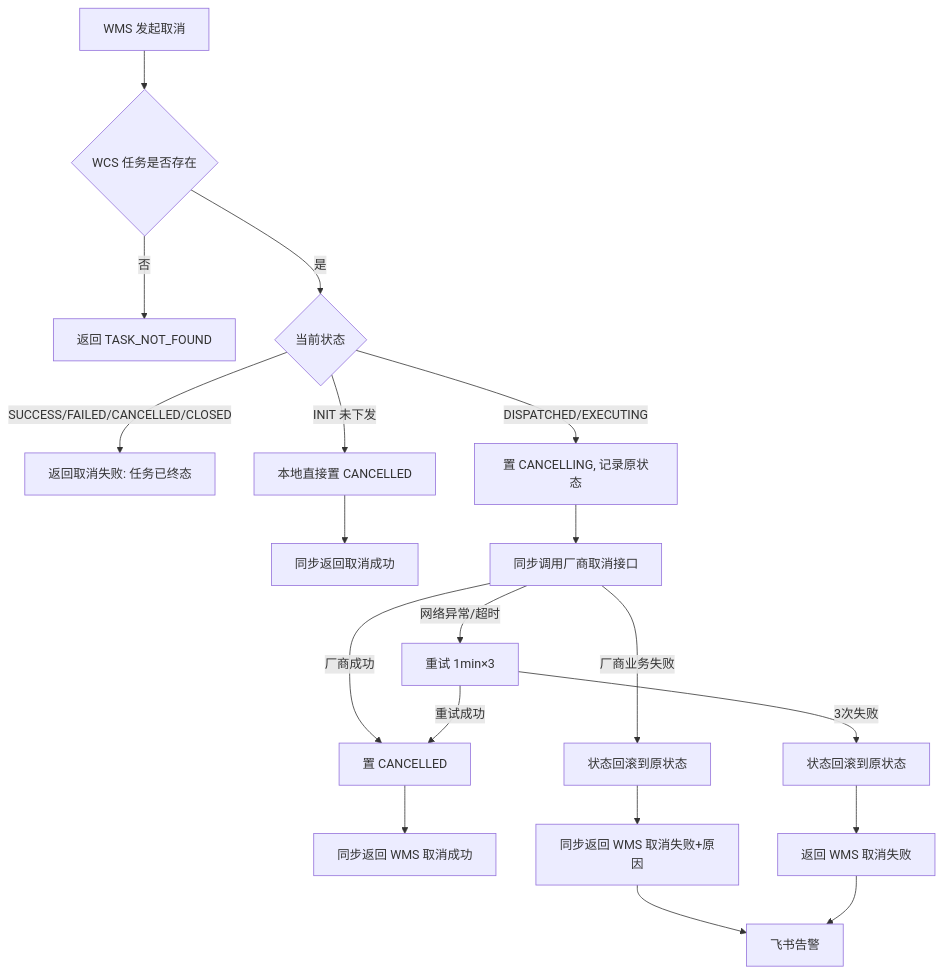
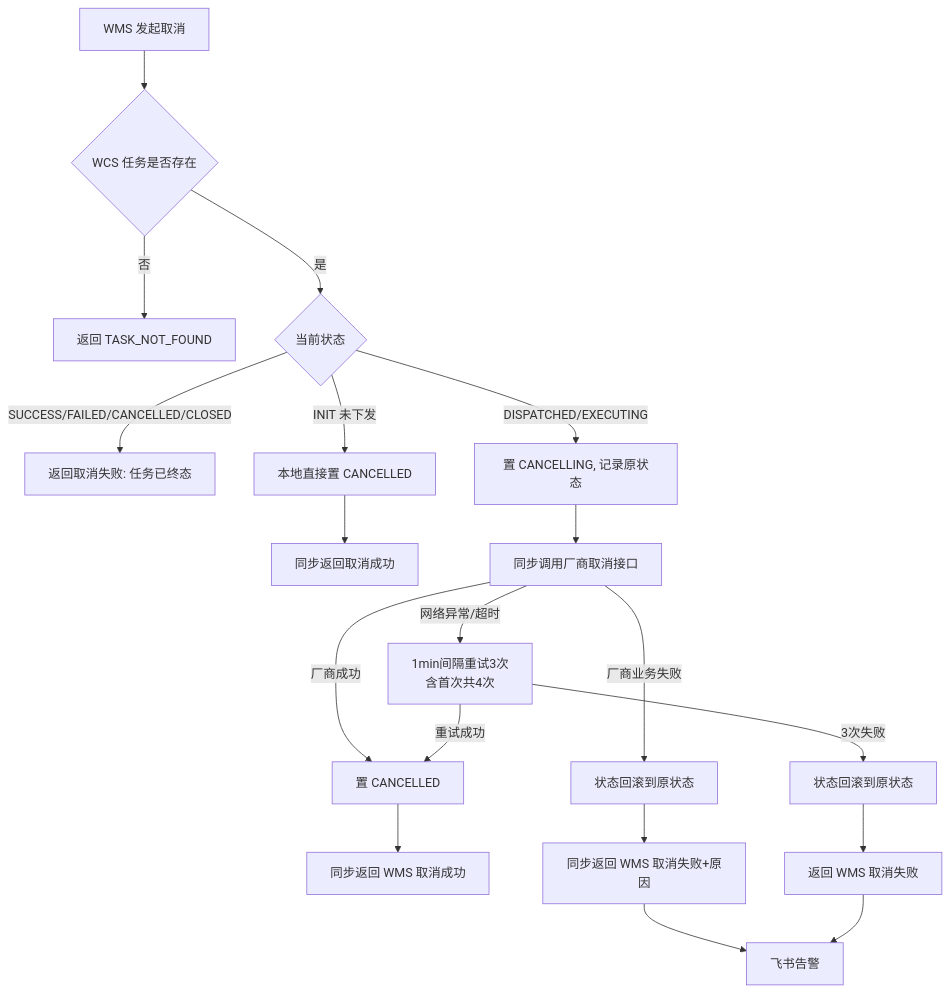
The fifth of 5 diagrams in docs/wcs/WCS子PRD_台州海柔飞箱项目.md (generous-jiang/jiangzw), drawn with Mermaid before and after one commit. The commit also changed other lines of this file and 13 other files, not shown here.

````diff
--- a/docs/wcs/WCS子PRD_台州海柔飞箱项目.md
+++ b/docs/wcs/WCS子PRD_台州海柔飞箱项目.md
@@ -624,15 +757,15 @@
 ```mermaid
 flowchart TD
     A[WMS 发起取消] --> B{WCS 任务是否存在}
     B -- 否 --> C[返回 TASK_NOT_FOUND]
     B -- 是 --> D{当前状态}
     D -- SUCCESS/FAILED/CANCELLED/CLOSED --> E[返回取消失败: 任务已终态]
     D -- INIT 未下发 --> F[本地直接置 CANCELLED] --> G[同步返回取消成功]
     D -- DISPATCHED/EXECUTING --> H[置 CANCELLING, 记录原状态]
     H --> I[同步调用厂商取消接口]
     I -- 厂商成功 --> J[置 CANCELLED] --> K[同步返回 WMS 取消成功]
     I -- 厂商业务失败 --> L[状态回滚到原状态] --> M[同步返回 WMS 取消失败+原因] --> N[飞书告警]
-    I -- 网络异常/超时 --> O[重试 1min×3]
+    I -- 网络异常/超时 --> O[1min间隔重试3次<br/>含首次共4次]
     O -- 重试成功 --> J
     O -- 3次失败 --> P[状态回滚到原状态] --> Q[返回 WMS 取消失败] --> N
 ```
````
